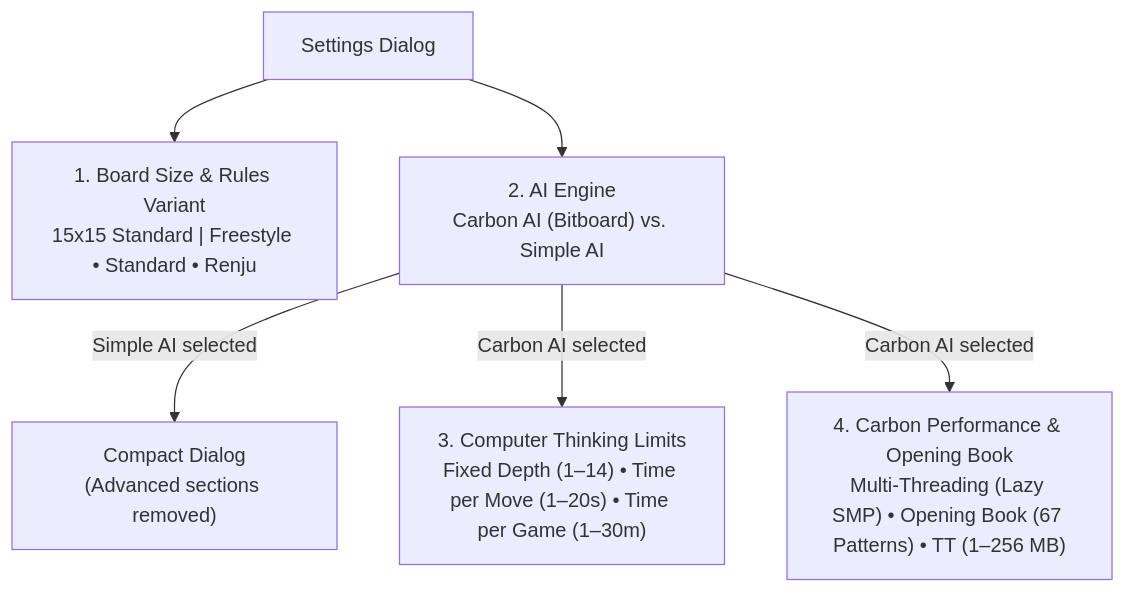
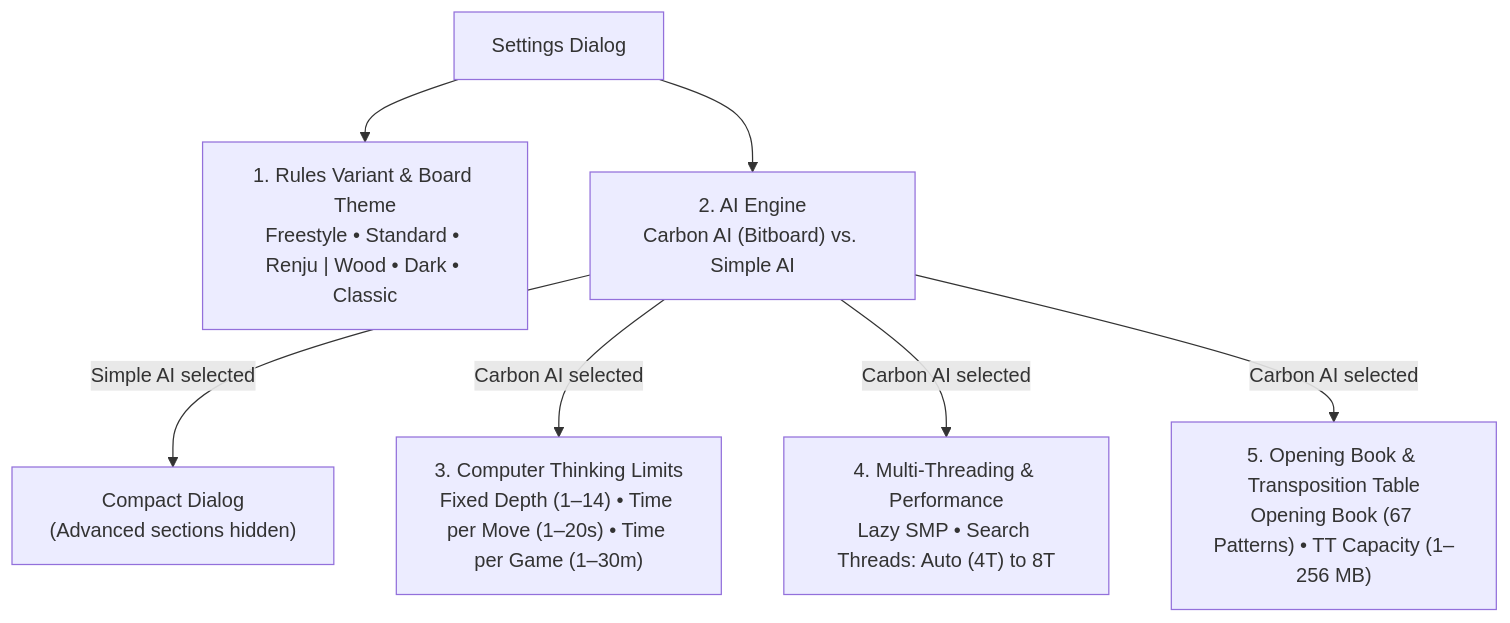
Before and after one commit to cjp-dev/Gomoku: the second of 3 diagrams in docs/brain/14-gui-and-settings.md, drawn with Mermaid. The commit also changed other lines of this file and 8 other files, not shown here.

````diff
--- a/docs/brain/14-gui-and-settings.md
+++ b/docs/brain/14-gui-and-settings.md
@@ -158,9 +159,10 @@
 ```mermaid
 graph TD
     Settings["Settings Dialog"]
-    Settings --> Section1["1. Board Size &amp; Rules Variant<br/>15x15 Standard | Freestyle • Standard • Renju"]
+    Settings --> Section1["1. Rules Variant &amp; Board Theme<br/>Freestyle • Standard • Renju | Wood • Dark • Classic"]
     Settings --> Section2["2. AI Engine<br/>Carbon AI (Bitboard) vs. Simple AI"]
-    Section2 -- "Simple AI selected" --> Simplified["Compact Dialog<br/>(Advanced sections removed)"]
+    Section2 -- "Simple AI selected" --> Simplified["Compact Dialog<br/>(Advanced sections hidden)"]
     Section2 -- "Carbon AI selected" --> Section3["3. Computer Thinking Limits<br/>Fixed Depth (1–14) • Time per Move (1–20s) • Time per Game (1–30m)"]
-    Section2 -- "Carbon AI selected" --> Section4["4. Carbon Performance &amp; Opening Book<br/>Multi-Threading (Lazy SMP) • Opening Book (67 Patterns) • TT (1–256 MB)"]
+    Section2 -- "Carbon AI selected" --> Section4["4. Multi-Threading &amp; Performance<br/>Lazy SMP • Search Threads: Auto (4T) to 8T"]
+    Section2 -- "Carbon AI selected" --> Section5["5. Opening Book &amp; Transposition Table<br/>Opening Book (67 Patterns) • TT Capacity (1–256 MB)"]
 ```
````
